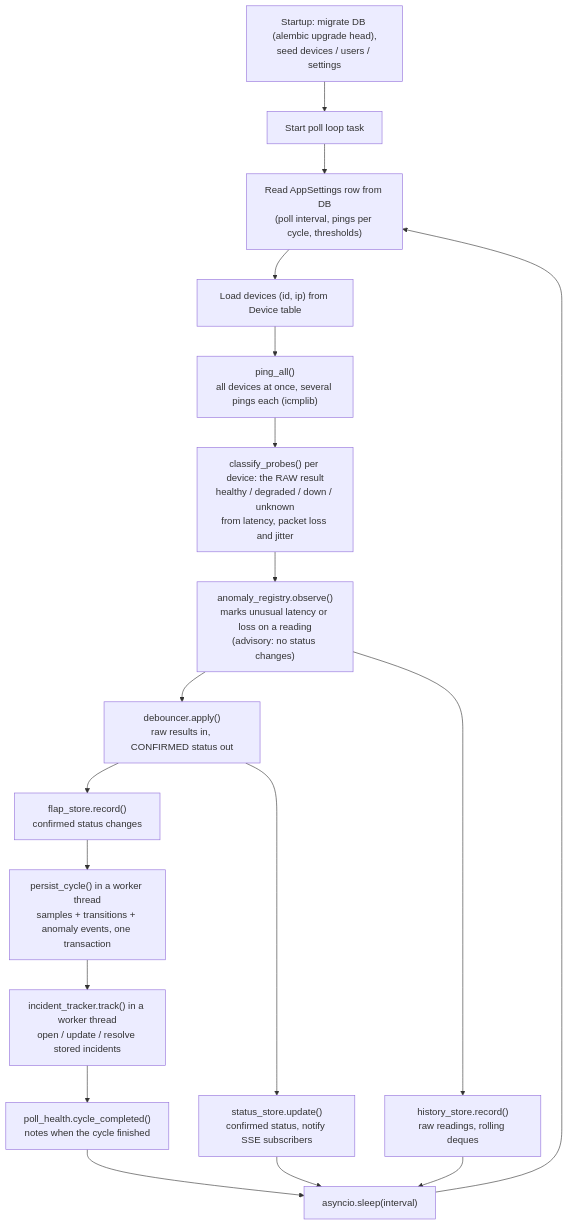
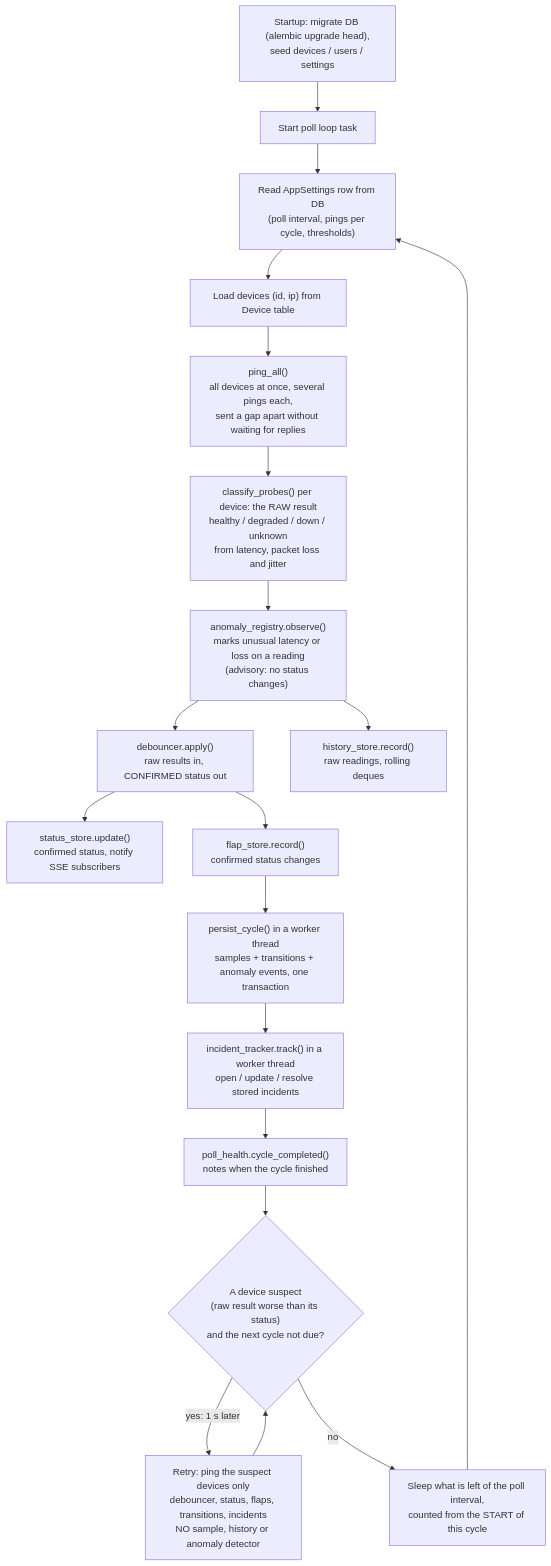
Before and after one commit to dumbL4d/network-analyser: the first of 6 diagrams in docs/architecture.md, drawn with Mermaid. The commit also changed other lines of this file and 40 other files, not shown here.

First line of the commit message:
feat: stagger pings, poll at a fixed rate and retry suspect devices

````diff
--- a/docs/architecture.md
+++ b/docs/architecture.md
@@ -88,20 +88,21 @@
 ```mermaid
 flowchart TD
     A["Startup: migrate DB (alembic upgrade head),<br/>seed devices / users / settings"] --> B["Start poll loop task"]
     B --> C["Read AppSettings row from DB<br/>(poll interval, pings per cycle, thresholds)"]
     C --> D["Load devices (id, ip) from Device table"]
-    D --> E["ping_all()<br/>all devices at once, several pings each (icmplib)"]
+    D --> E["ping_all()<br/>all devices at once, several pings each,<br/>sent a gap apart without waiting for replies"]
     E --> F["classify_probes() per device: the RAW result<br/>healthy / degraded / down / unknown<br/>from latency, packet loss and jitter"]
     F --> N["anomaly_registry.observe()<br/>marks unusual latency or loss on a reading<br/>(advisory: no status changes)"]
     N --> K["debouncer.apply()<br/>raw results in, CONFIRMED status out"]
     N --> H["history_store.record()<br/>raw readings, rolling deques"]
     K --> G["status_store.update()<br/>confirmed status, notify SSE subscribers"]
     K --> I["flap_store.record()<br/>confirmed status changes"]
     I --> P["persist_cycle() in a worker thread<br/>samples + transitions + anomaly events, one transaction"]
     P --> T["incident_tracker.track() in a worker thread<br/>open / update / resolve stored incidents"]
     T --> Q["poll_health.cycle_completed()<br/>notes when the cycle finished"]
-    Q --> J["asyncio.sleep(interval)"]
-    G --> J
-    H --> J
+    Q --> S{"A device suspect<br/>(raw result worse than its status)<br/>and the next cycle not due?"}
+    S -- "yes: 1 s later" --> R["Retry: ping the suspect devices only<br/>debouncer, status, flaps, transitions, incidents<br/>NO sample, history or anomaly detector"]
+    R --> S
+    S -- "no" --> J["Sleep what is left of the poll interval,<br/>counted from the START of this cycle"]
     J --> C
 ```
````
